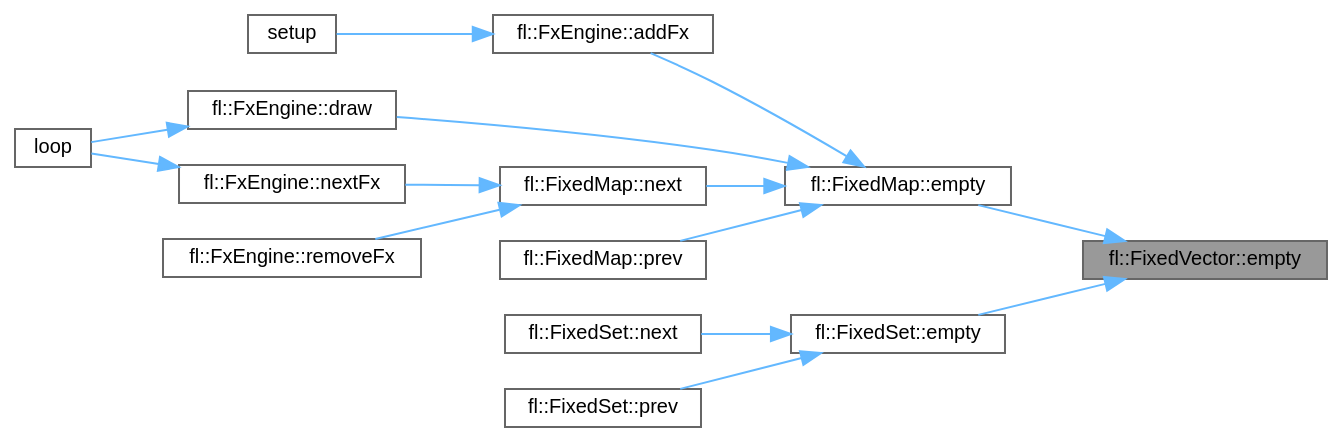
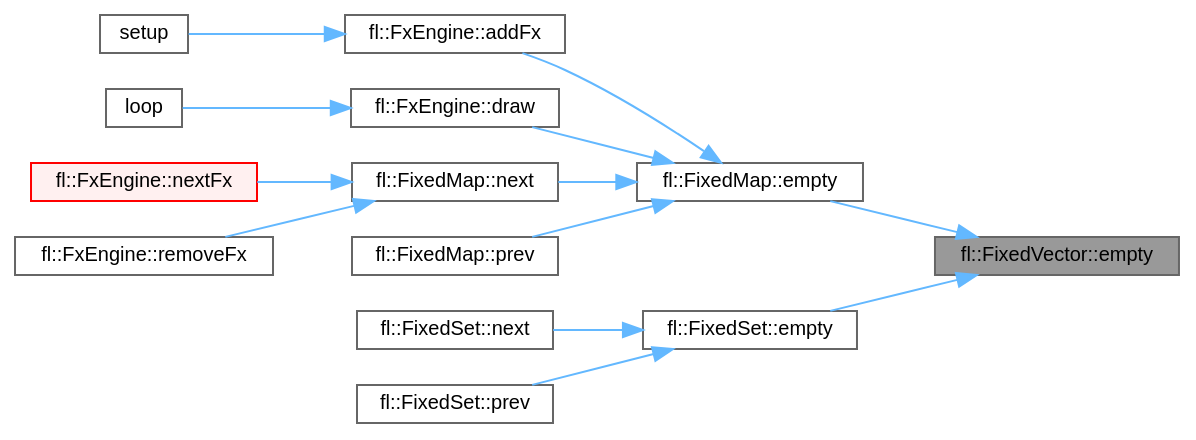
The diagram in docs/d3/d73/classfl_1_1_fixed_vector_aa9b4bb53ec2f9d7ed6c2d237b22489b5_icgraph.dot (mcx/FastLED), drawn with Graphviz before and after one commit. The commit also changed 1592 other files, not shown here.

```diff
--- a/docs/d3/d73/classfl_1_1_fixed_vector_aa9b4bb53ec2f9d7ed6c2d237b22489b5_icgraph.dot
+++ b/docs/d3/d73/classfl_1_1_fixed_vector_aa9b4bb53ec2f9d7ed6c2d237b22489b5_icgraph.dot
@@ -1,34 +1,33 @@
 digraph "fl::FixedVector::empty"
 {
  // LATEX_PDF_SIZE
   bgcolor="transparent";
   edge [fontname=Helvetica,fontsize=10,labelfontname=Helvetica,labelfontsize=10];
   node [fontname=Helvetica,fontsize=10,shape=box,height=0.2,width=0.4];
   rankdir="RL";
   Node1 [id="Node000001",label="fl::FixedVector::empty",height=0.2,width=0.4,color="gray40", fillcolor="grey60", style="filled", fontcolor="black",tooltip=" "];
   Node1 -> Node2 [id="edge1_Node000001_Node000002",dir="back",color="steelblue1",style="solid",tooltip=" "];
   Node2 [id="Node000002",label="fl::FixedMap::empty",height=0.2,width=0.4,color="grey40", fillcolor="white", style="filled",URL="$d2/df3/classfl_1_1_fixed_map.html#aaa4e5e58299a89ab5a6784b011b2b2a7",tooltip=" "];
   Node2 -> Node3 [id="edge2_Node000002_Node000003",dir="back",color="steelblue1",style="solid",tooltip=" "];
   Node3 [id="Node000003",label="fl::FxEngine::addFx",height=0.2,width=0.4,color="grey40", fillcolor="white", style="filled",URL="$d4/d60/classfl_1_1_fx_engine.html#a1e840a27e09686190e44844b3f062642",tooltip="Adds a new effect to the engine."];
   Node3 -> Node4 [id="edge3_Node000003_Node000004",dir="back",color="steelblue1",style="solid",tooltip=" "];
   Node4 [id="Node000004",label="setup",height=0.2,width=0.4,color="grey40", fillcolor="white", style="filled",URL="$d6/d35/_fx_engine_8ino.html#a4fc01d736fe50cf5b977f755b675f11d",tooltip=" "];
   Node2 -> Node5 [id="edge4_Node000002_Node000005",dir="back",color="steelblue1",style="solid",tooltip=" "];
   Node5 [id="Node000005",label="fl::FxEngine::draw",height=0.2,width=0.4,color="grey40", fillcolor="white", style="filled",URL="$d4/d60/classfl_1_1_fx_engine.html#aa0b3b17d66712b3c2184d8c59c6b55f1",tooltip="Renders the current effect or transition to the output buffer."];
   Node5 -> Node6 [id="edge5_Node000005_Node000006",dir="back",color="steelblue1",style="solid",tooltip=" "];
-  Node6 [id="Node000006",label="loop",height=0.2,width=0.4,color="grey40", fillcolor="white", style="filled",URL="$d6/d35/_fx_engine_8ino.html#afe461d27b9c48d5921c00d521181f12f",tooltip=" "];
+  Node6 [id="Node000006",label="loop",height=0.2,width=0.4,color="grey40", fillcolor="white", style="filled",URL="$dd/d96/_fx_animartrix_8ino.html#afe461d27b9c48d5921c00d521181f12f",tooltip=" "];
   Node2 -> Node7 [id="edge6_Node000002_Node000007",dir="back",color="steelblue1",style="solid",tooltip=" "];
   Node7 [id="Node000007",label="fl::FixedMap::next",height=0.2,width=0.4,color="grey40", fillcolor="white", style="filled",URL="$d2/df3/classfl_1_1_fixed_map.html#a86e9680f024d9fb7a7fa9f96a90f4a1e",tooltip=" "];
   Node7 -> Node8 [id="edge7_Node000007_Node000008",dir="back",color="steelblue1",style="solid",tooltip=" "];
-  Node8 [id="Node000008",label="fl::FxEngine::nextFx",height=0.2,width=0.4,color="grey40", fillcolor="white", style="filled",URL="$d4/d60/classfl_1_1_fx_engine.html#a478ed2a69d36050013ef81ffb59799a0",tooltip="Transitions to the next effect in the sequence."];
-  Node8 -> Node6 [id="edge8_Node000008_Node000006",dir="back",color="steelblue1",style="solid",tooltip=" "];
-  Node7 -> Node9 [id="edge9_Node000007_Node000009",dir="back",color="steelblue1",style="solid",tooltip=" "];
-  Node9 [id="Node000009",label="fl::FxEngine::removeFx",height=0.2,width=0.4,color="grey40", fillcolor="white", style="filled",URL="$d4/d60/classfl_1_1_fx_engine.html#acb1a08ee3735bf9269d8a60370b02315",tooltip="Requests removal of an effect from the engine, which might not happen immediately (for example the Fx..."];
-  Node2 -> Node10 [id="edge10_Node000002_Node000010",dir="back",color="steelblue1",style="solid",tooltip=" "];
-  Node10 [id="Node000010",label="fl::FixedMap::prev",height=0.2,width=0.4,color="grey40", fillcolor="white", style="filled",URL="$d2/df3/classfl_1_1_fixed_map.html#a35706a466e8c68cf3c5e9b8c94f8e17d",tooltip=" "];
-  Node1 -> Node11 [id="edge11_Node000001_Node000011",dir="back",color="steelblue1",style="solid",tooltip=" "];
-  Node11 [id="Node000011",label="fl::FixedSet::empty",height=0.2,width=0.4,color="grey40", fillcolor="white", style="filled",URL="$dd/d44/classfl_1_1_fixed_set.html#adda91ee1f58ce57685107d939d674aa5",tooltip=" "];
-  Node11 -> Node12 [id="edge12_Node000011_Node000012",dir="back",color="steelblue1",style="solid",tooltip=" "];
-  Node12 [id="Node000012",label="fl::FixedSet::next",height=0.2,width=0.4,color="grey40", fillcolor="white", style="filled",URL="$dd/d44/classfl_1_1_fixed_set.html#a18926c88fdd3f536415854e43e24ad4a",tooltip=" "];
-  Node11 -> Node13 [id="edge13_Node000011_Node000013",dir="back",color="steelblue1",style="solid",tooltip=" "];
-  Node13 [id="Node000013",label="fl::FixedSet::prev",height=0.2,width=0.4,color="grey40", fillcolor="white", style="filled",URL="$dd/d44/classfl_1_1_fixed_set.html#a7db056ad59839116b456b6d378cbbab6",tooltip=" "];
+  Node8 [id="Node000008",label="fl::FxEngine::nextFx",height=0.2,width=0.4,color="red", fillcolor="#FFF0F0", style="filled",URL="$d4/d60/classfl_1_1_fx_engine.html#a478ed2a69d36050013ef81ffb59799a0",tooltip="Transitions to the next effect in the sequence."];
+  Node7 -> Node10 [id="edge8_Node000007_Node000010",dir="back",color="steelblue1",style="solid",tooltip=" "];
+  Node10 [id="Node000010",label="fl::FxEngine::removeFx",height=0.2,width=0.4,color="grey40", fillcolor="white", style="filled",URL="$d4/d60/classfl_1_1_fx_engine.html#acb1a08ee3735bf9269d8a60370b02315",tooltip="Requests removal of an effect from the engine, which might not happen immediately (for example the Fx..."];
+  Node2 -> Node11 [id="edge9_Node000002_Node000011",dir="back",color="steelblue1",style="solid",tooltip=" "];
+  Node11 [id="Node000011",label="fl::FixedMap::prev",height=0.2,width=0.4,color="grey40", fillcolor="white", style="filled",URL="$d2/df3/classfl_1_1_fixed_map.html#a35706a466e8c68cf3c5e9b8c94f8e17d",tooltip=" "];
+  Node1 -> Node12 [id="edge10_Node000001_Node000012",dir="back",color="steelblue1",style="solid",tooltip=" "];
+  Node12 [id="Node000012",label="fl::FixedSet::empty",height=0.2,width=0.4,color="grey40", fillcolor="white", style="filled",URL="$dd/d44/classfl_1_1_fixed_set.html#adda91ee1f58ce57685107d939d674aa5",tooltip=" "];
+  Node12 -> Node13 [id="edge11_Node000012_Node000013",dir="back",color="steelblue1",style="solid",tooltip=" "];
+  Node13 [id="Node000013",label="fl::FixedSet::next",height=0.2,width=0.4,color="grey40", fillcolor="white", style="filled",URL="$dd/d44/classfl_1_1_fixed_set.html#a18926c88fdd3f536415854e43e24ad4a",tooltip=" "];
+  Node12 -> Node14 [id="edge12_Node000012_Node000014",dir="back",color="steelblue1",style="solid",tooltip=" "];
+  Node14 [id="Node000014",label="fl::FixedSet::prev",height=0.2,width=0.4,color="grey40", fillcolor="white", style="filled",URL="$dd/d44/classfl_1_1_fixed_set.html#a7db056ad59839116b456b6d378cbbab6",tooltip=" "];
 }
```
